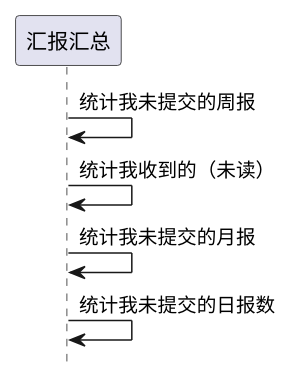
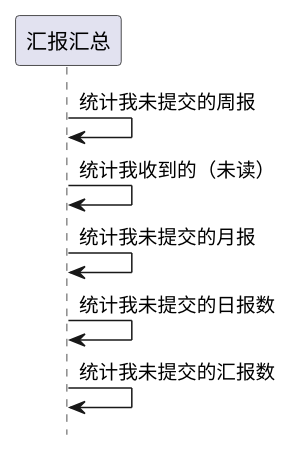
One commit to zj335841911/nt_chandao changed the first of 2 diagrams in ibizpms-docs/src/main/doc/v1/module/report/IbzReport_old.md. Above: the diagram before and after it, drawn with PlantUML. The commit also changed other lines of this file and 9 other files, not shown here.

```diff
--- a/ibizpms-docs/src/main/doc/v1/module/report/IbzReport_old.md
+++ b/ibizpms-docs/src/main/doc/v1/module/report/IbzReport_old.md
@@ -102,8 +102,9 @@
 {% plantuml %}
 hide footbox
 
 汇报汇总 -> 汇报汇总: 统计我未提交的周报
 汇报汇总 -> 汇报汇总: 统计我收到的（未读）
 汇报汇总 -> 汇报汇总: 统计我未提交的月报
 汇报汇总 -> 汇报汇总: 统计我未提交的日报数
+汇报汇总 -> 汇报汇总: 统计我未提交的汇报数
 {% endplantuml %}
```
